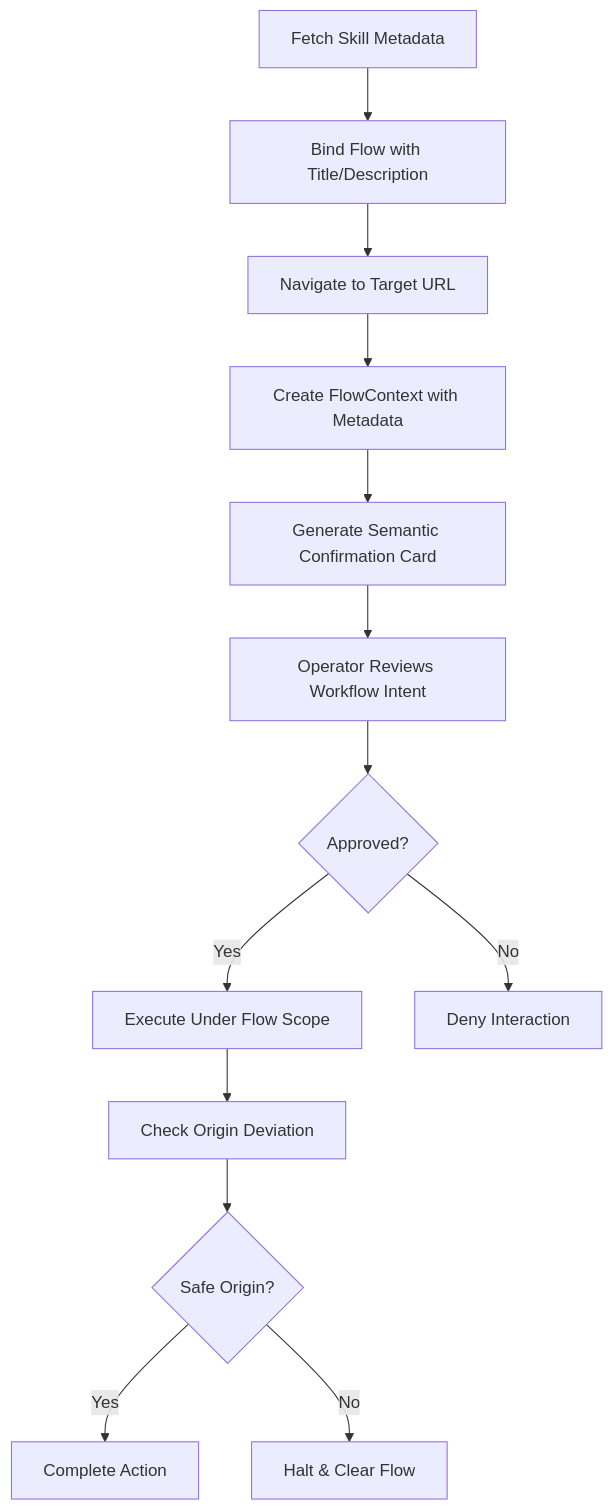
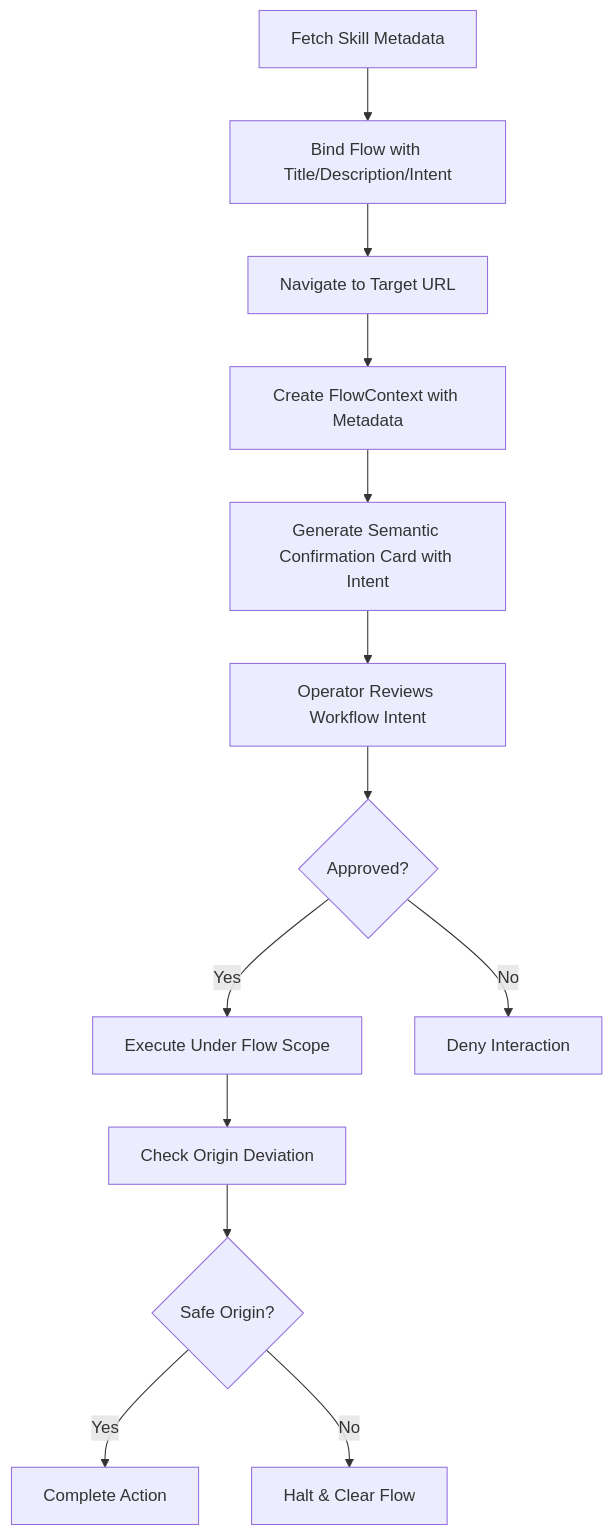
One commit to metasync/luban-aiops changed diagram 11 of 15 in .qoder/repowiki/en/content/Tool Gateway Service/Tool Gateway Service.md. Above: the diagram before and after it, drawn with Mermaid. The commit also changed other lines of this file and 6 other files, not shown here.

````diff
--- a/.qoder/repowiki/en/content/Tool Gateway Service/Tool Gateway Service.md
+++ b/.qoder/repowiki/en/content/Tool Gateway Service/Tool Gateway Service.md
@@ -758,15 +765,15 @@
 ```mermaid
 flowchart TD
-SkillFetch["Fetch Skill Metadata"] --> BindFlow["Bind Flow with Title/Description"]
+SkillFetch["Fetch Skill Metadata"] --> BindFlow["Bind Flow with Title/Description/Intent"]
 BindFlow --> Navigate["Navigate to Target URL"]
 Navigate --> FlowContext["Create FlowContext with Metadata"]
-FlowContext --> ConfirmationCard["Generate Semantic Confirmation Card"]
+FlowContext --> ConfirmationCard["Generate Semantic Confirmation Card with Intent"]
 ConfirmationCard --> OperatorReview["Operator Reviews Workflow Intent"]
 OperatorReview --> Approval{"Approved?"}
 Approval --> |Yes| ExecuteAction["Execute Under Flow Scope"]
 Approval --> |No| DenyAction["Deny Interaction"]
 ExecuteAction --> DeviationGuard["Check Origin Deviation"]
 DeviationGuard --> Safe{"Safe Origin?"}
 Safe --> |Yes| Complete["Complete Action"]
 Safe --> |No| Halt["Halt & Clear Flow"]
 ```
````
